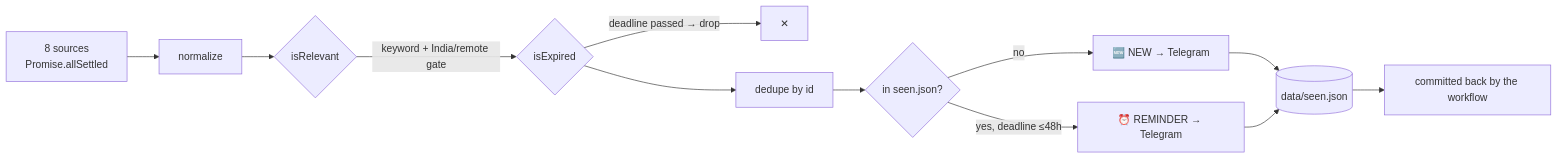
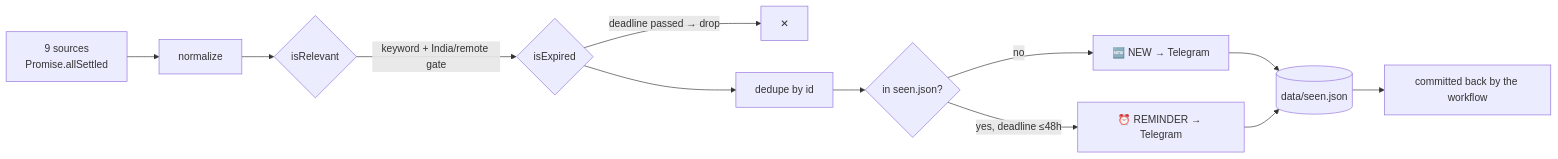
One commit to rithvikshettyy/radar changed the diagram in README.md. Above: the diagram before and after it, drawn with Mermaid. The commit also changed other lines of this file and 3 other files, not shown here.

````diff
--- a/README.md
+++ b/README.md
@@ -64,14 +65,14 @@
 ```mermaid
 flowchart LR
-  A[8 sources<br/>Promise.allSettled] --> B[normalize]
+  A[9 sources<br/>Promise.allSettled] --> B[normalize]
   B --> C{isRelevant}
   C -->|keyword + India/remote gate| D{isExpired}
   D -->|deadline passed → drop| X[✕]
   D --> E[dedupe by id]
   E --> F{in seen.json?}
   F -->|no| G[🆕 NEW → Telegram]
   F -->|yes, deadline ≤48h| H[⏰ REMINDER → Telegram]
   G --> I[(data/seen.json)]
   H --> I
   I --> J[committed back by the workflow]
 ```
````
